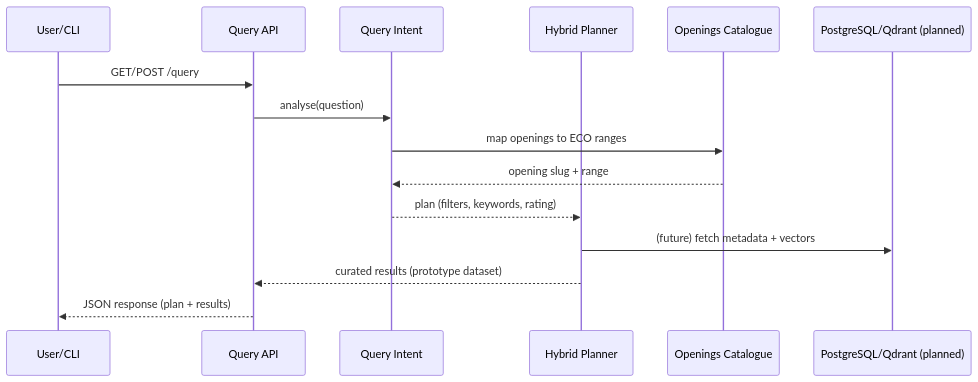
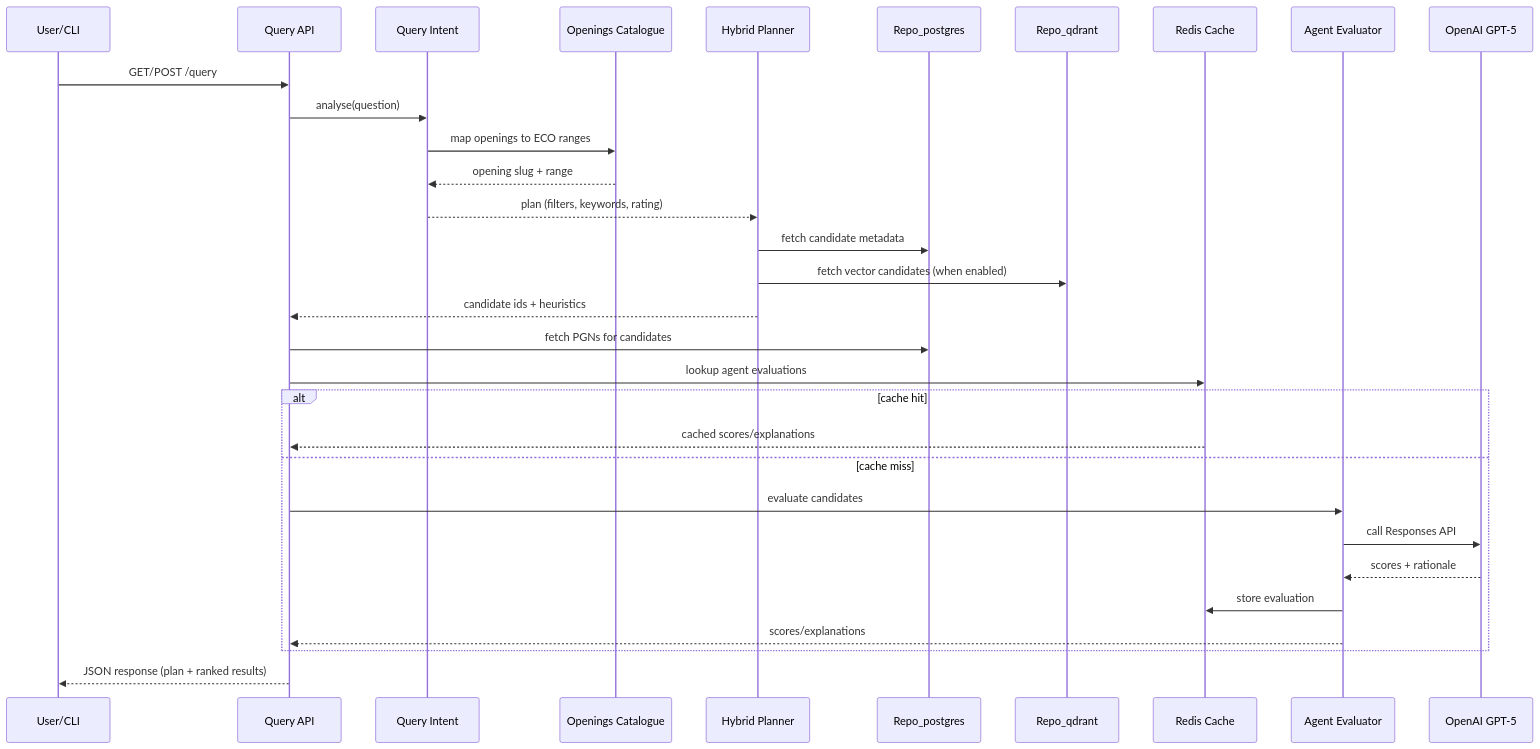
The fourth of 8 diagrams in docs/ARCHITECTURE.md (HendrikReh/chessmate), drawn with Mermaid before and after one commit. The commit also changed other lines of this file and 9 other files, not shown here.

Commit message:
docs: refresh architecture diagrams and cross-link runbooks

````diff
--- a/docs/ARCHITECTURE.md
+++ b/docs/ARCHITECTURE.md
@@ -110,18 +134,34 @@
 ```mermaid
 sequenceDiagram
   participant User as User/CLI
   participant API as Query API
   participant Intent as Query Intent
+  participant Catalog as Openings Catalogue
   participant Planner as Hybrid Planner
-  participant Catalog as Openings Catalogue
-  participant Store as PostgreSQL/Qdrant (planned)
+  participant Postgres as Repo_postgres
+  participant Qdrant as Repo_qdrant
+  participant Cache as Redis Cache
+  participant Agent as Agent Evaluator
+  participant GPT5 as OpenAI GPT-5
 
   User->>API: GET/POST /query
   API->>Intent: analyse(question)
   Intent->>Catalog: map openings to ECO ranges
   Catalog-->>Intent: opening slug + range
   Intent-->>Planner: plan (filters, keywords, rating)
-  Planner->>Store: (future) fetch metadata + vectors
-  Planner-->>API: curated results (prototype dataset)
-  API-->>User: JSON response (plan + results)
+  Planner->>Postgres: fetch candidate metadata
+  Planner->>Qdrant: fetch vector candidates (when enabled)
+  Planner-->>API: candidate ids + heuristics
+  API->>Postgres: fetch PGNs for candidates
+  API->>Cache: lookup agent evaluations
+  alt cache hit
+    Cache-->>API: cached scores/explanations
+  else cache miss
+    API->>Agent: evaluate candidates
+    Agent->>GPT5: call Responses API
+    GPT5-->>Agent: scores + rationale
+    Agent->>Cache: store evaluation
+    Agent-->>API: scores/explanations
+  end
+  API-->>User: JSON response (plan + ranked results)
 ```
````
